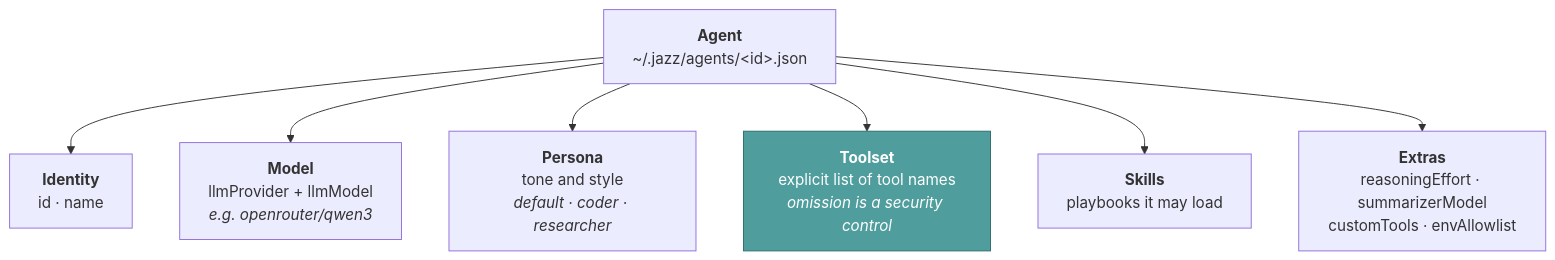
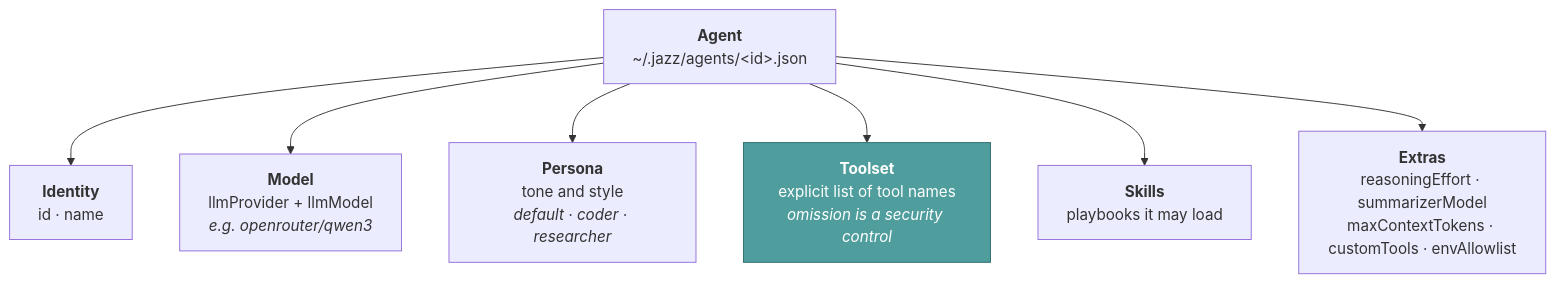
The first of 2 diagrams in docs/concepts/agents.md (lvndry/jazz), drawn with Mermaid before and after one commit. The commit also changed other lines of this file and 14 other files, not shown here.

First line of the commit message:
feat(context): per-agent max context tokens, and stop trimming from pre-empting compaction (#339)

````diff
--- a/docs/concepts/agents.md
+++ b/docs/concepts/agents.md
@@ -13,14 +13,14 @@
 ```mermaid
 flowchart TB
     A["<b>Agent</b><br/>~/.jazz/agents/&lt;id&gt;.json"]
 
     A --> ID["<b>Identity</b><br/>id · name"]
     A --> M["<b>Model</b><br/>llmProvider + llmModel<br/><i>e.g. openrouter/qwen3</i>"]
     A --> P["<b>Persona</b><br/>tone and style<br/><i>default · coder · researcher</i>"]
     A --> T["<b>Toolset</b><br/>explicit list of tool names<br/><i>omission is a security control</i>"]
     A --> S["<b>Skills</b><br/>playbooks it may load"]
-    A --> X["<b>Extras</b><br/>reasoningEffort · summarizerModel<br/>customTools · envAllowlist"]
+    A --> X["<b>Extras</b><br/>reasoningEffort · summarizerModel<br/>maxContextTokens · customTools · envAllowlist"]
 
     classDef key fill:#4f9d9d,stroke:#2f6d6d,color:#ffffff
     class T key
 ```
````
